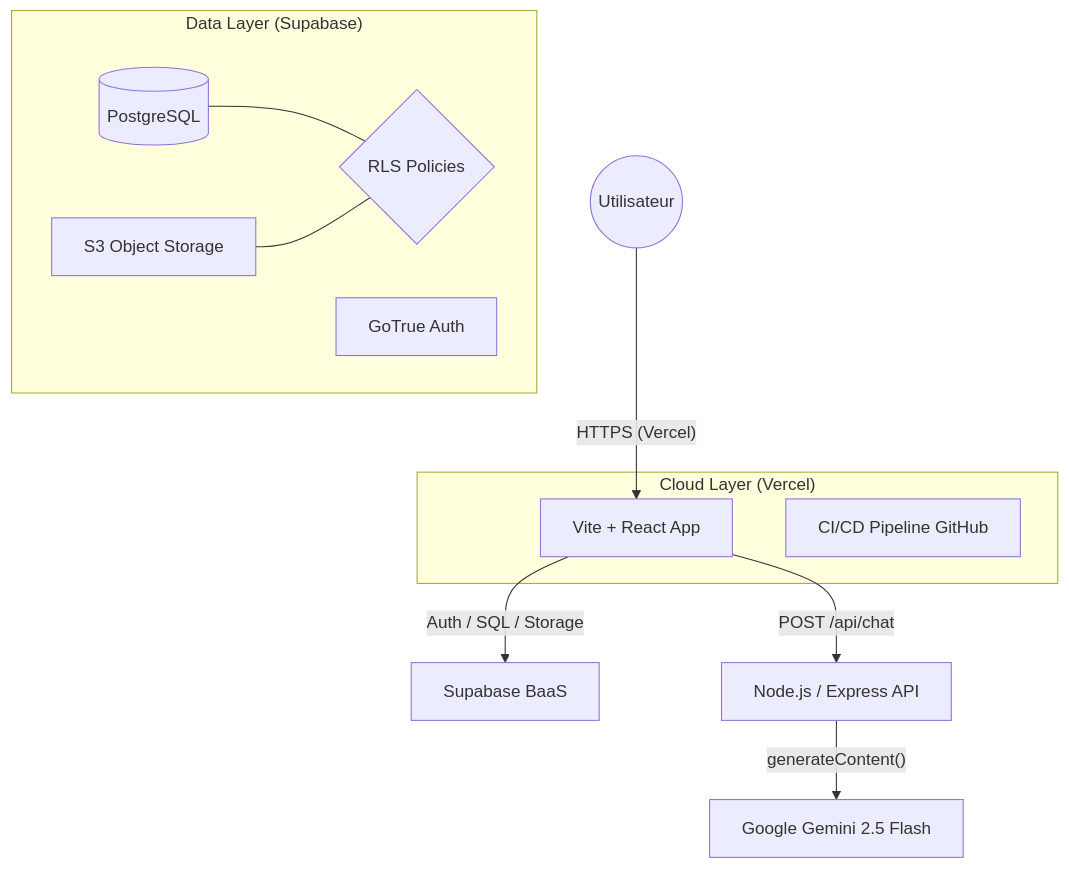
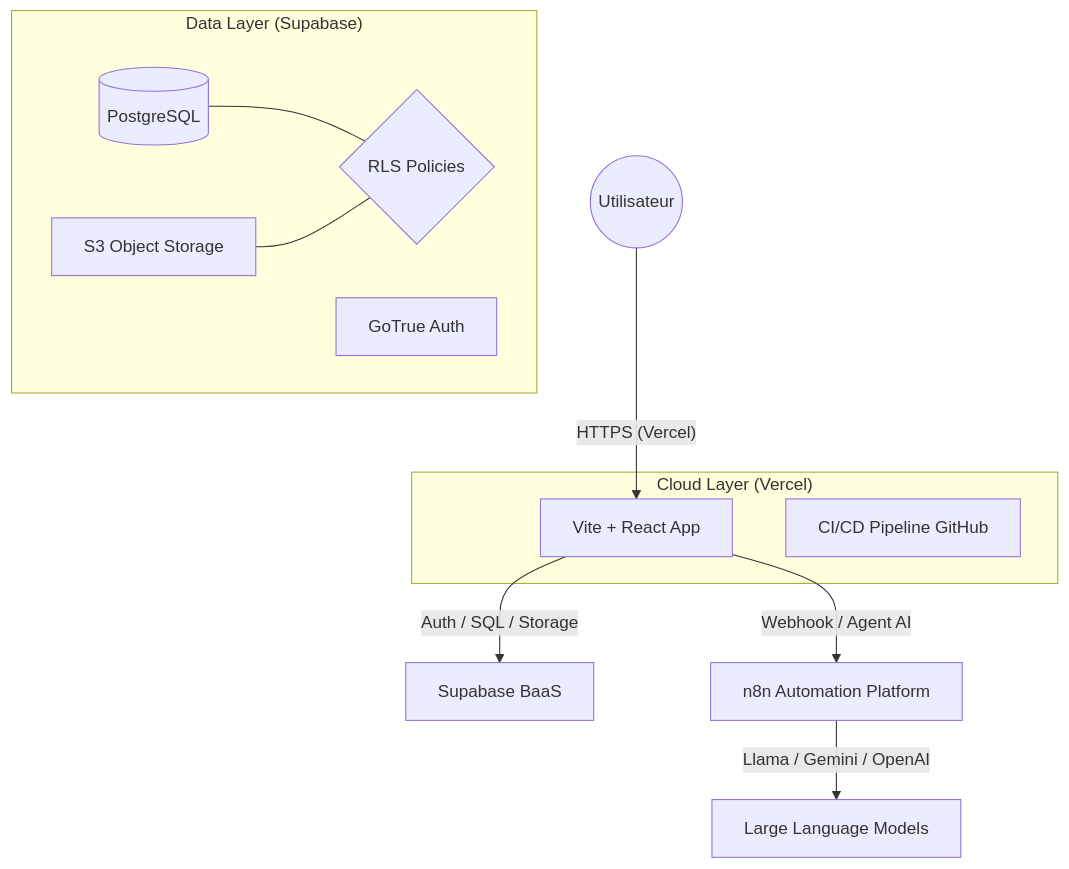
Before and after one commit to estinaya2024/Veto-care: the first of 2 diagrams in README.md, drawn with Mermaid. The commit also changed other lines of this file and 7 other files, not shown here.

````diff
--- a/README.md
+++ b/README.md
@@ -23,21 +23,21 @@
 ```mermaid
 graph TD
     User((Utilisateur)) -- "HTTPS (Vercel)" --> Frontend[Vite + React App]
     Frontend -- "Auth / SQL / Storage" --> Supabase[Supabase BaaS]
-    Frontend -- "POST /api/chat" --> Backend[Node.js / Express API]
-    Backend -- "generateContent()" --> Gemini[Google Gemini 2.5 Flash]
+    Frontend -- "Webhook / Agent AI" --> n8n[n8n Automation Platform]
+    n8n -- "Llama / Gemini / OpenAI" --> LLM[Large Language Models]
 
     subgraph "Cloud Layer (Vercel)"
         Frontend
         CI[CI/CD Pipeline GitHub]
     end
 
     subgraph "Data Layer (Supabase)"
         DB[(PostgreSQL)]
         Auth[GoTrue Auth]
         Storage[S3 Object Storage]
         RLS{RLS Policies}
         DB --- RLS
         Storage --- RLS
     end
 ```
````
